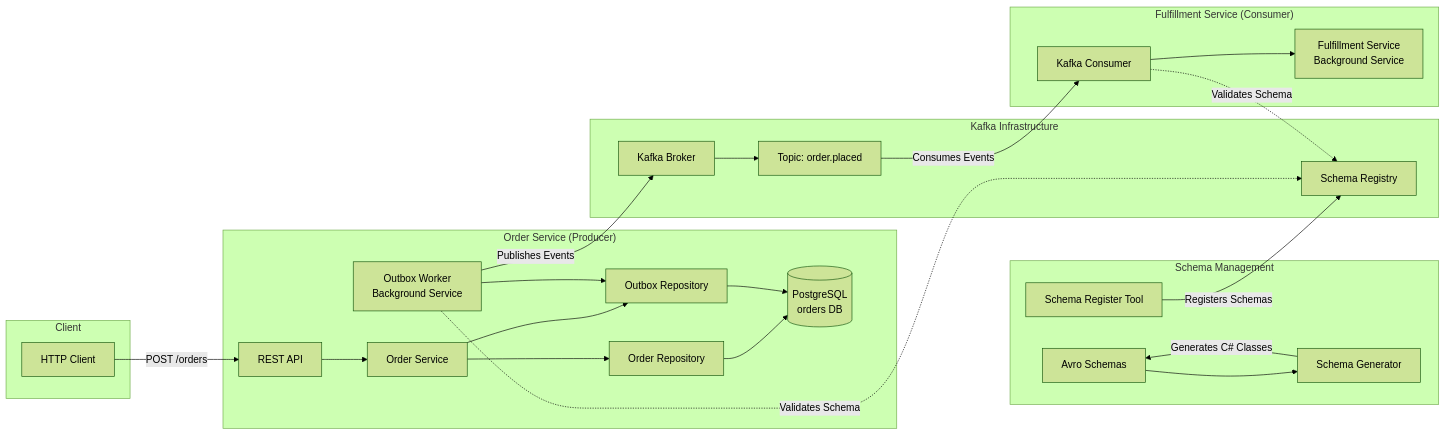
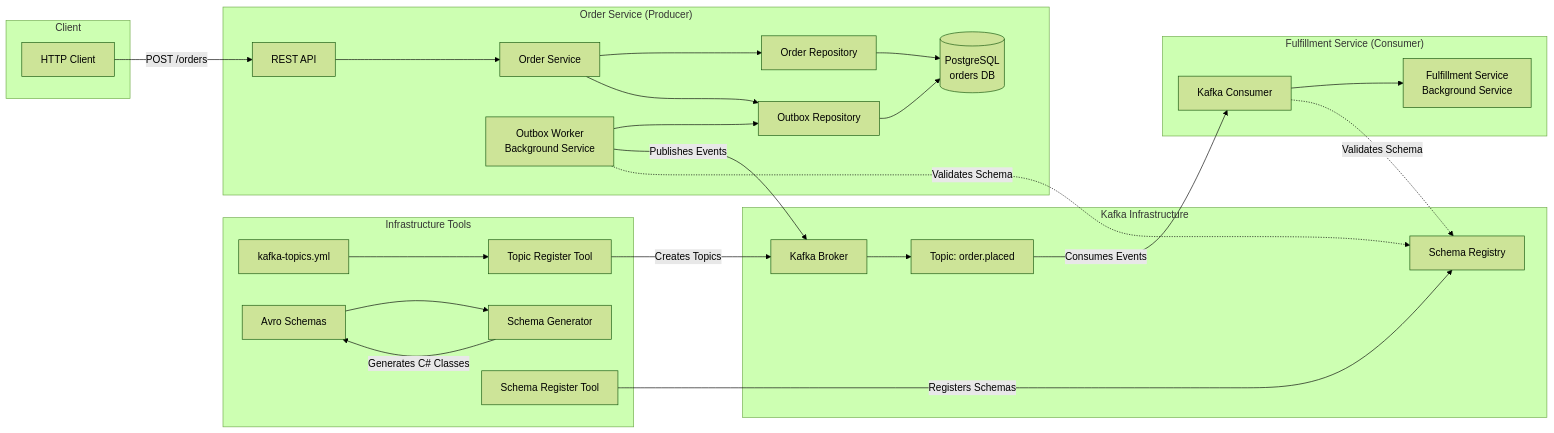
The diagram in README.md (ryanachten/kafkaesque), drawn with Mermaid (forest theme) before and after one commit. The commit also changed other lines of this file and 11 other files, not shown here.

Commit message:
feat: add topic-registration tool to automate registration

````diff
--- a/README.md
+++ b/README.md
@@ -7,55 +7,59 @@
 ```mermaid
 graph LR
-    subgraph SchemaManagement["Schema Management"]
+    subgraph InfraTools["Infrastructure Tools"]
+        TopicConfig[kafka-topics.yml]
+        TopicRegTool[Topic Register Tool]
         SchemaFiles[Avro Schemas]
         SchemaGen[Schema Generator]
         SchemaRegTool[Schema Register Tool]
         
+        TopicConfig --> TopicRegTool
         SchemaFiles --> SchemaGen
         SchemaGen --> |Generates C# Classes| SchemaFiles
     end
 
     subgraph Client
         HTTP[HTTP Client]
     end
 
     subgraph OrderService["Order Service (Producer)"]
         API[REST API]
         OrderSvc[Order Service]
         OrderRepo[Order Repository]
         OutboxRepo[Outbox Repository]
         DB[(PostgreSQL<br/>orders DB)]
         OutboxWorker[Outbox Worker<br/>Background Service]
         
         API --> OrderSvc
         OrderSvc --> OrderRepo
         OrderSvc --> OutboxRepo
         OrderRepo --> DB
         OutboxRepo --> DB
         OutboxWorker --> OutboxRepo
     end
 
     subgraph KafkaInfra["Kafka Infrastructure"]
         SchemaReg[Schema Registry]
         Broker[Kafka Broker]
         Topic[Topic: order.placed]
         
         Broker --> Topic
     end
 
     subgraph FulfillmentService["Fulfillment Service (Consumer)"]
         Consumer[Kafka Consumer]
         FulfillSvc[Fulfillment Service<br/>Background Service]
         
         Consumer --> FulfillSvc
     end
 
+    TopicRegTool --> |Creates Topics| Broker
     SchemaRegTool --> |Registers Schemas| SchemaReg
     HTTP -->|POST /orders| API
     OutboxWorker -->|Publishes Events| Broker
     OutboxWorker -.->|Validates Schema| SchemaReg
     Topic -->|Consumes Events| Consumer
     Consumer -.->|Validates Schema| SchemaReg
 
   
 ```
````
